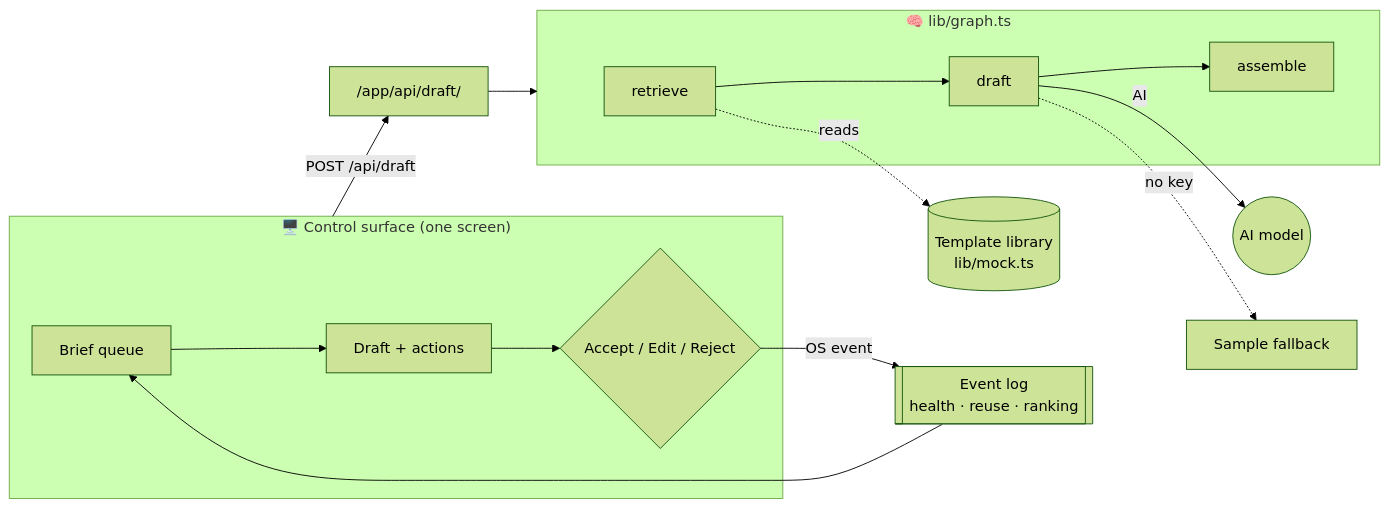
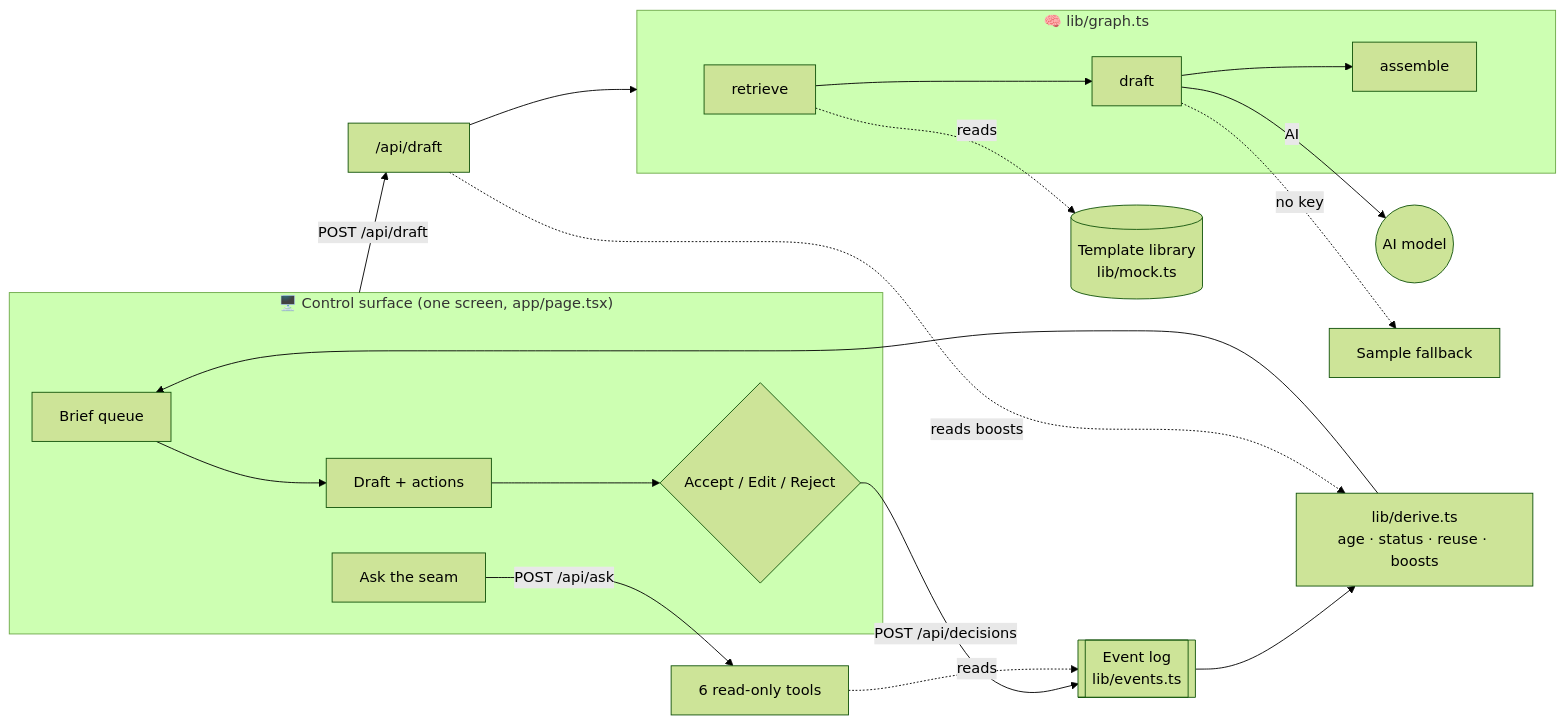
The first of 3 diagrams in README.md (anupsahoo/revenueos), drawn with Mermaid (forest theme) before and after one commit. The commit also changed other lines of this file and 18 other files, not shown here.

````diff
--- a/README.md
+++ b/README.md
@@ -67,17 +76,22 @@
 ```mermaid
 flowchart LR
-  subgraph B["🖥️ Control surface (one screen)"]
+  subgraph B["🖥️ Control surface (one screen, app/page.tsx)"]
     Q["Brief queue"] --> D["Draft + actions"]
     D --> DEC{"Accept / Edit / Reject"}
+    ASK["Ask the seam"]
   end
-  B -- "POST /api/draft" --> API["/app/api/draft/"]
+  B -- "POST /api/draft" --> API["/api/draft"]
   API --> G[["LangGraph agent"]]
   subgraph G["🧠 lib/graph.ts"]
     RET["retrieve"] --> DR["draft"] --> ASM["assemble"]
   end
   RET -. reads .-> LIB[("Template library<br/>lib/mock.ts")]
   DR -->|AI| LLM(("AI model"))
   DR -. no key .-> FB["Sample fallback"]
-  DEC -->|OS event| EV[["Event log<br/>health · reuse · ranking"]]
-  EV --> Q
+  DEC -- "POST /api/decisions" --> EV[["Event log<br/>lib/events.ts"]]
+  ASK -- "POST /api/ask" --> TOOLS["6 read-only tools"]
+  TOOLS -. reads .-> EV
+  EV --> DER["lib/derive.ts<br/>age · status · reuse · boosts"]
+  DER --> Q
+  API -. reads boosts .-> DER
 ```
````
